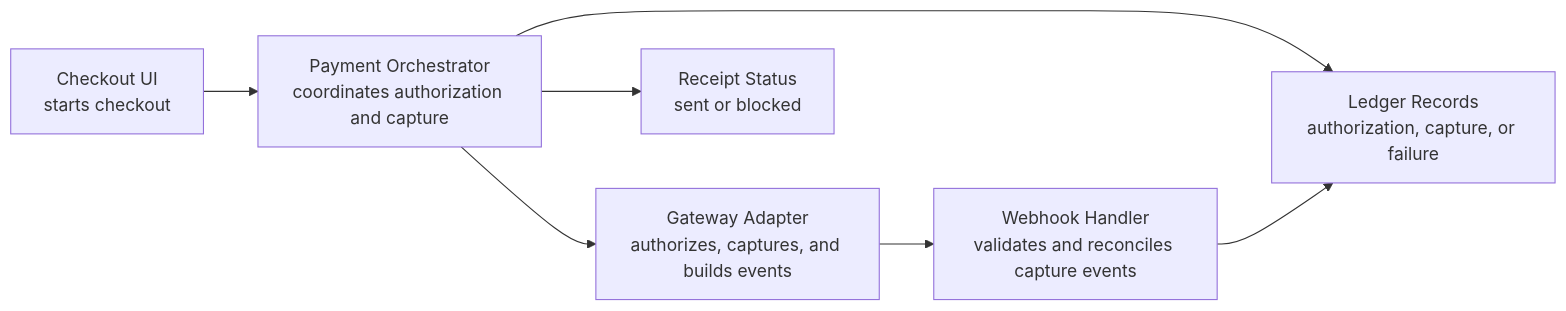
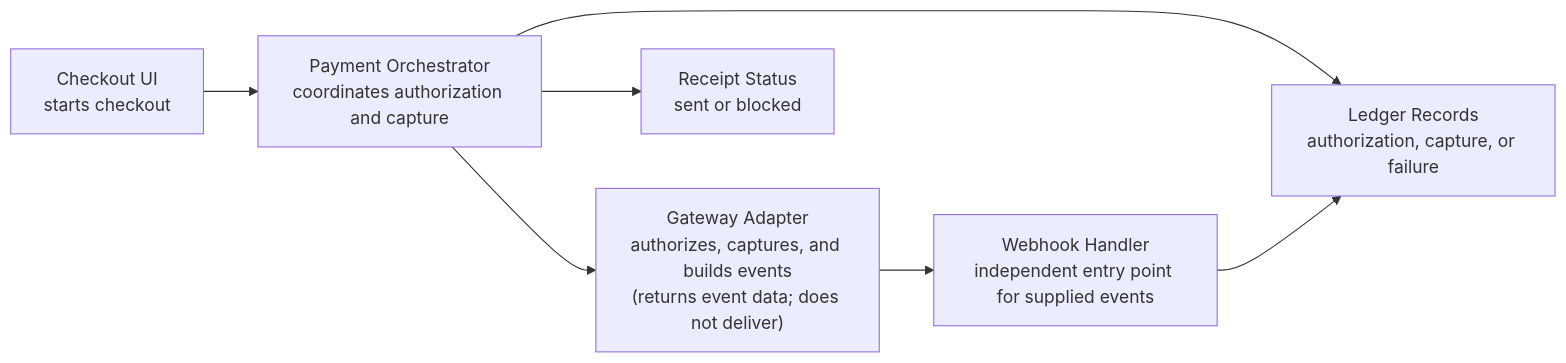
One commit to codewalnut-labs/agentic-engineering-full-exercises-set changed the diagram in 07 Docs & Diagrams/exercise-03-payment-module-visualization/diagrams/payment-architecture.mmd. Above: the diagram before and after it, drawn with Mermaid. The commit also changed 2 other files, not shown here.

Commit message:
docs(7.3): separate payment flow boundaries

```diff
--- a/07 Docs & Diagrams/exercise-03-payment-module-visualization/diagrams/payment-architecture.mmd
+++ b/07 Docs & Diagrams/exercise-03-payment-module-visualization/diagrams/payment-architecture.mmd
@@ -1,21 +1,21 @@
 flowchart LR
   CheckoutUI["Checkout UI<br/>starts checkout"]
   Orchestrator["Payment Orchestrator<br/>coordinates authorization and capture"]
-  GatewayAdapter["Gateway Adapter<br/>authorizes, captures, and builds events"]
+  GatewayAdapter["Gateway Adapter<br/>authorizes, captures, and builds events<br/>(returns event data; does not deliver)"]
   LedgerRecord["Ledger Records<br/>authorization, capture, or failure"]
   ReceiptRecord["Receipt Status<br/>sent or blocked"]
-  WebhookHandler["Webhook Handler<br/>validates and reconciles capture events"]
+  WebhookHandler["Webhook Handler<br/>independent entry point for supplied events"]
 
   %% EDGE: VIS-01
   CheckoutUI --> Orchestrator
   %% EDGE: VIS-02
   %% EDGE: VIS-03
   Orchestrator --> GatewayAdapter
   %% EDGE: VIS-04
   Orchestrator --> LedgerRecord
   %% EDGE: VIS-05
   Orchestrator --> ReceiptRecord
   %% EDGE: VIS-06
   GatewayAdapter --> WebhookHandler
   %% EDGE: VIS-07
   WebhookHandler --> LedgerRecord
```
